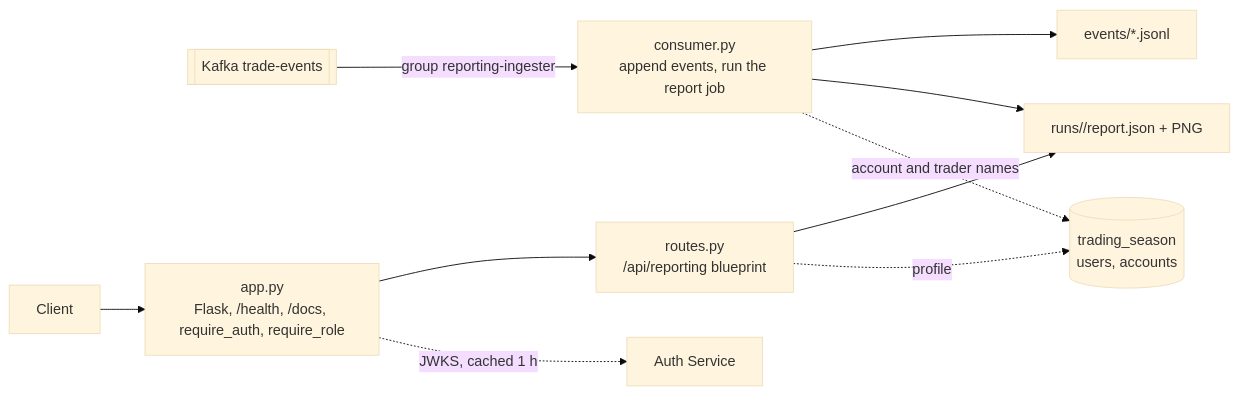
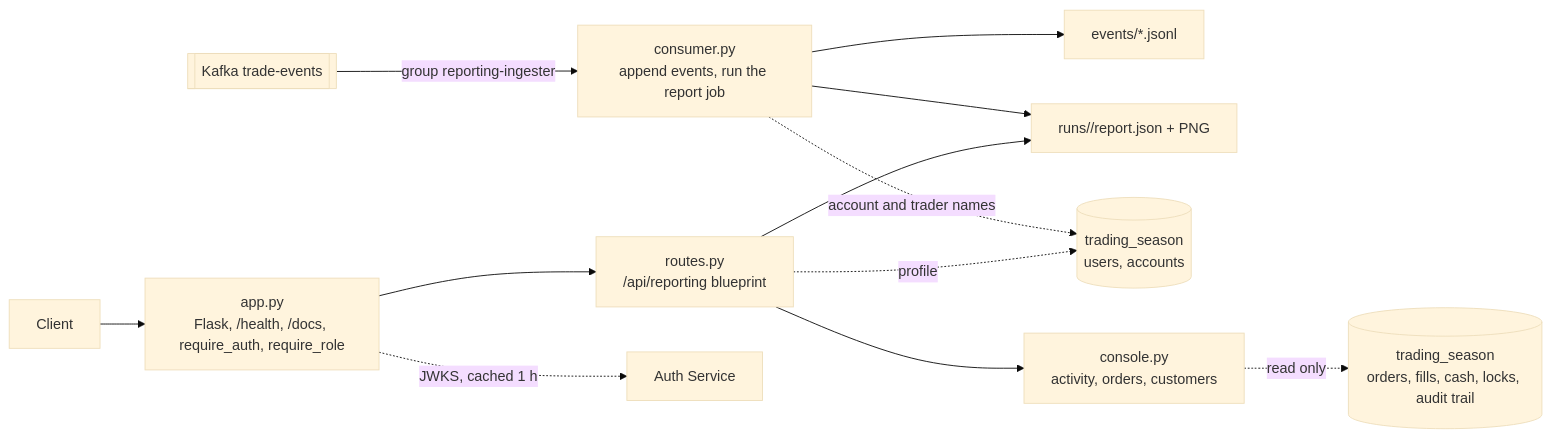
The diagram in apps/reporting-service/README.md (seankcheema/trading-season), drawn with Mermaid (base theme) before and after one commit. The commit also changed other lines of this file and 47 other files, not shown here.

````diff
--- a/apps/reporting-service/README.md
+++ b/apps/reporting-service/README.md
@@ -57,12 +79,14 @@
 ```mermaid
 flowchart LR
     K[["Kafka trade-events"]] -- "group reporting-ingester" --> C["consumer.py<br/>append events, run the report job"]
     C --> E["events/*.jsonl"]
     C --> R["runs/<id>/report.json + PNG"]
     C -. "account and trader names" .-> DB[("trading_season<br/>users, accounts")]
     Client --> App["app.py<br/>Flask, /health, /docs, require_auth, require_role"]
     App --> Routes["routes.py<br/>/api/reporting blueprint"]
     Routes --> R
     Routes -. "profile" .-> DB
+    Routes --> Console["console.py<br/>activity, orders, customers"]
+    Console -. "read only" .-> Ledger[("trading_season<br/>orders, fills, cash, locks, audit trail")]
     App -. "JWKS, cached 1 h" .-> Auth["Auth Service"]
 ```
````
